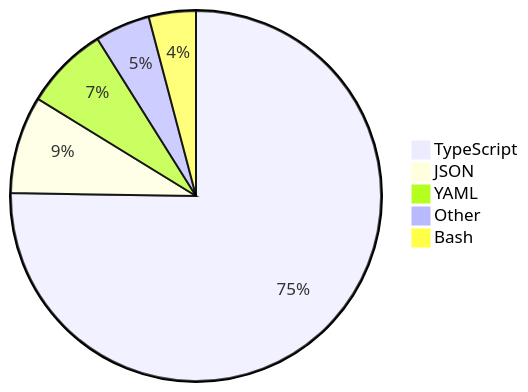
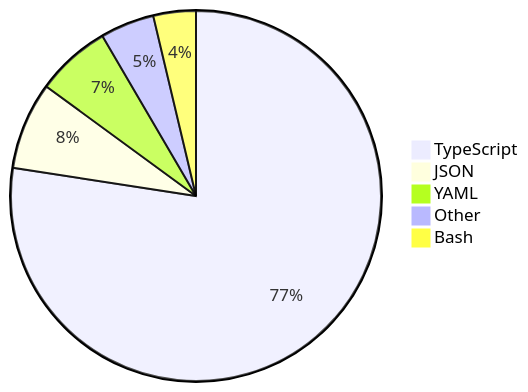
Before and after one commit to skvggor/skvggor: the diagram in README.md, drawn with Mermaid.

Commit message:
Updated waka-readme graph with new metrics

````diff
--- a/README.md
+++ b/README.md
@@ -14,8 +14,8 @@
 ```mermaid
 pie
-    "TypeScript" : 75.1
-    "JSON" : 8.5
-    "YAML" : 7.3
-    "Other" : 4.8
-    "Bash" : 4.1
+    "TypeScript" : 77.2
+    "JSON" : 7.6
+    "YAML" : 6.5
+    "Other" : 4.7
+    "Bash" : 3.7
 ```
````
